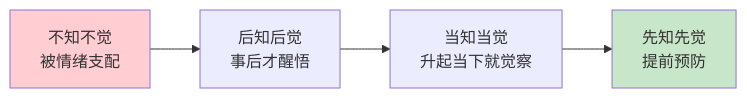
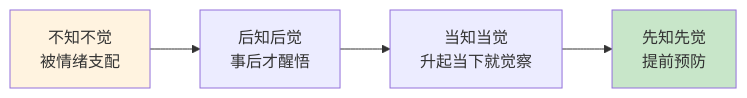
Before and after one commit to chongyang211/YCBookBlog: the third of 11 diagrams in packages/website/11.书籍/06.自我精进·立言/15.情商能力的学习.md, drawn with Mermaid. The commit also changed other lines of this file and 3 other files, not shown here.

````diff
--- a/packages/website/11.书籍/06.自我精进·立言/15.情商能力的学习.md
+++ b/packages/website/11.书籍/06.自我精进·立言/15.情商能力的学习.md
@@ -102,8 +104,8 @@
 ```mermaid
 flowchart LR
     A[不知不觉<br/>被情绪支配] --> B[后知后觉<br/>事后才醒悟]
     B --> C[当知当觉<br/>升起当下就觉察]
     C --> D[先知先觉<br/>提前预防]
-    style A fill:#ffcdd2
+    style A fill:#fff3e0
     style D fill:#c8e6c9
 ```
````
